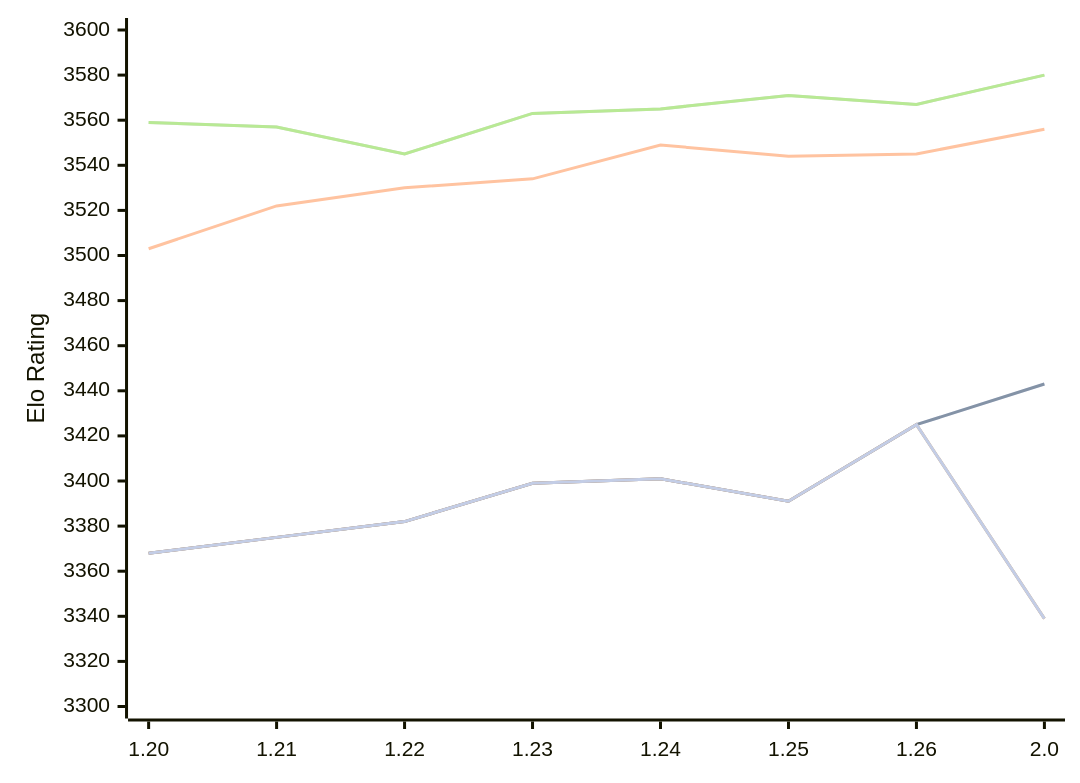
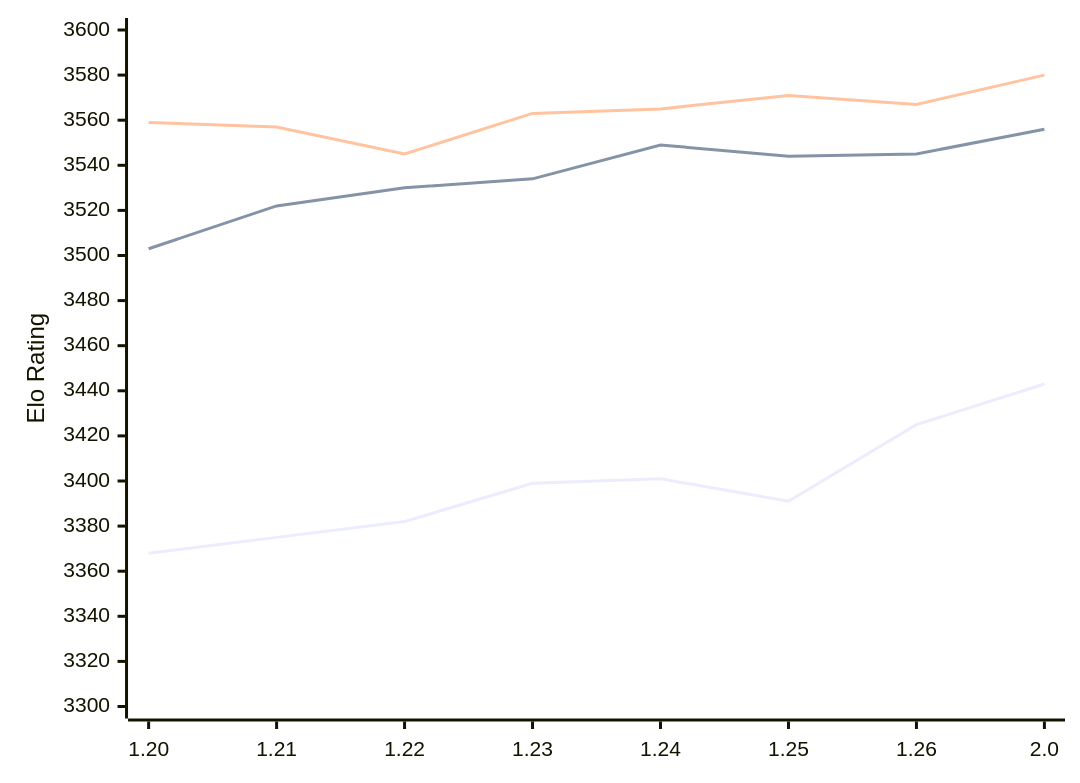
One commit to computer-chess-index/cci changed the diagram in engines/Caissa.md. Above: the diagram before and after it, drawn with Mermaid. The commit also changed other lines of this file, not shown here.

````diff
--- a/engines/Caissa.md
+++ b/engines/Caissa.md
@@ -54,13 +54,9 @@
 ```mermaid
 %%{init: {"theme":"base","themeVariables":{"seriesColors:['#a3a3a3','#222221','#faa371']}}}%%
 xychart-beta
   x-axis ["1.20", "1.21", "1.22", "1.23", "1.24", "1.25", "1.26", "2.0"]
   y-axis "Elo Rating" 3300 --> 3600
-  line "" [3368, 3375, 3382, 3399, 3401, 3391, 3425, 3443]
   line "T1: STC (8.0+0.08s)" [3368, 3375, 3382, 3399, 3401, 3391, 3425, 3443]
   line "T1: LTC (60.0+0.60s)" [3503, 3522, 3530, 3534, 3549, 3544, 3545, 3556]
-  line "" [3559, 3557, 3545, 3563, 3565, 3571, 3567, 3580]
   line "T1: VLTC (2m24s+1.12s)" [3559, 3557, 3545, 3563, 3565, 3571, 3567, 3580]
-  line "" [3368, 3375, 3382, 3399, 3401, 3391, 3425,3339]
-  line "E1: STC (8.0+0.08s)" [3368, 3375, 3382, 3399, 3401, 3391, 3425,3339]
 ```
````
